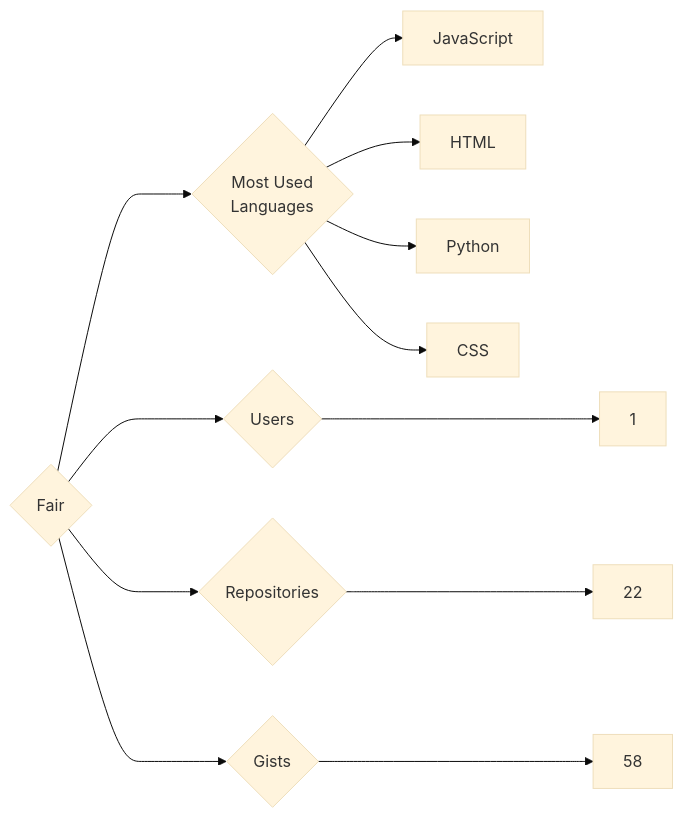
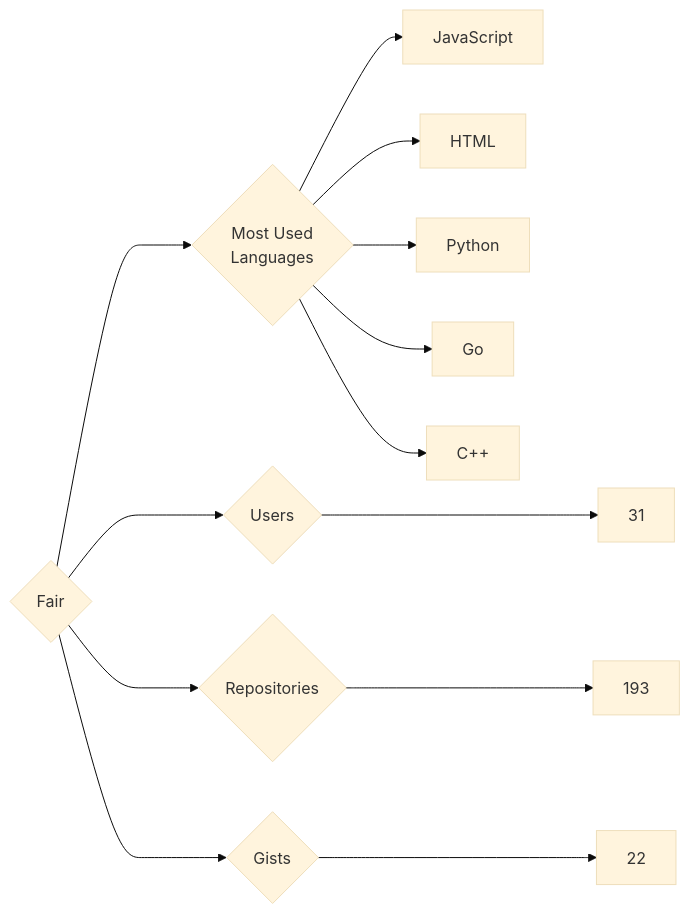
Before and after one commit to trickest/insiders: the diagram in targets/Fair/README.md, drawn with Mermaid (base theme). The commit also changed 888 other files, not shown here.

````diff
--- a/targets/Fair/README.md
+++ b/targets/Fair/README.md
@@ -3,12 +3,13 @@
 ```mermaid
 graph LR
 COMPANY_NAME{Fair}
-COMPANY_NAME ---> U{Users} ---> UN[1]
-COMPANY_NAME ---> R{Repositories} ---> RN[22]
-COMPANY_NAME ---> G{Gists} ---> GN[58]
+COMPANY_NAME ---> U{Users} ---> UN[31]
+COMPANY_NAME ---> R{Repositories} ---> RN[193]
+COMPANY_NAME ---> G{Gists} ---> GN[22]
 COMPANY_NAME ---> ML{Most Used<br>Languages}
 ML --> JavaScript[JavaScript]
 ML --> HTML[HTML]
 ML --> Python[Python]
-ML --> CSS[CSS]
+ML --> Go[Go]
+ML --> C++[C++]
 ```
````
